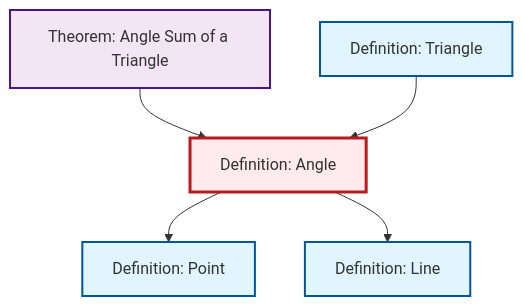
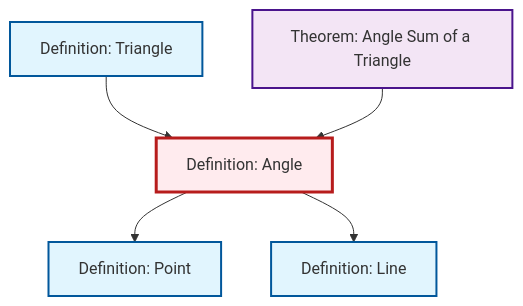
The diagram in content/en/geometry/def-angle.qmd (RK0429/ModernMath), drawn with Mermaid before and after one commit. The commit also changed other lines of this file and 615 other files, not shown here.

````diff
--- a/content/en/geometry/def-angle.qmd
+++ b/content/en/geometry/def-angle.qmd
@@ -49,23 +49,23 @@
 ```{mermaid}
 %%| fig-cap: "Local dependency graph"
 graph TD
     classDef definition fill:#e1f5fe,stroke:#01579b,stroke-width:2px
     classDef theorem fill:#f3e5f5,stroke:#4a148c,stroke-width:2px
     classDef axiom fill:#fff3e0,stroke:#e65100,stroke-width:2px
     classDef example fill:#e8f5e9,stroke:#1b5e20,stroke-width:2px
     classDef current fill:#ffebee,stroke:#b71c1c,stroke-width:3px
+    def-line["Definition: Line"]:::definition
     def-triangle["Definition: Triangle"]:::definition
-    def-point["Definition: Point"]:::definition
-    def-line["Definition: Line"]:::definition
     thm-angle-sum-triangle["Theorem: Angle Sum of a Triangle"]:::theorem
     def-angle["Definition: Angle"]:::definition
+    def-point["Definition: Point"]:::definition
     def-angle --> def-point
+    def-angle --> def-line
+    def-triangle --> def-angle
     thm-angle-sum-triangle --> def-angle
-    def-triangle --> def-angle
-    def-angle --> def-line
     class def-angle current
+    click def-line "def-line.html" "Go to Line definition"
     click def-triangle "def-triangle.html" "Go to Triangle definition"
+    click thm-angle-sum-triangle "thm-angle-sum-triangle.html" "Go to Angle Sum of a Triangle theorem"
     click def-point "def-point.html" "Go to Point definition"
-    click def-line "def-line.html" "Go to Line definition"
-    click thm-angle-sum-triangle "thm-angle-sum-triangle.html" "Go to Angle Sum of a Triangle theorem"
 ```
````
